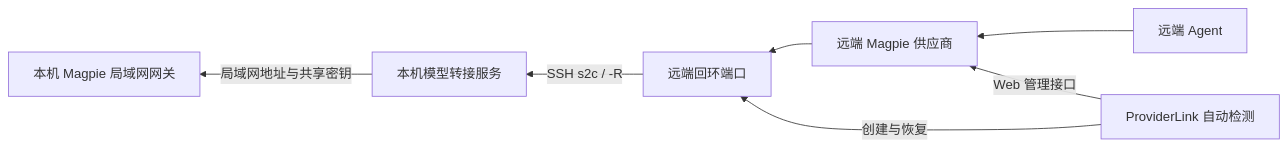
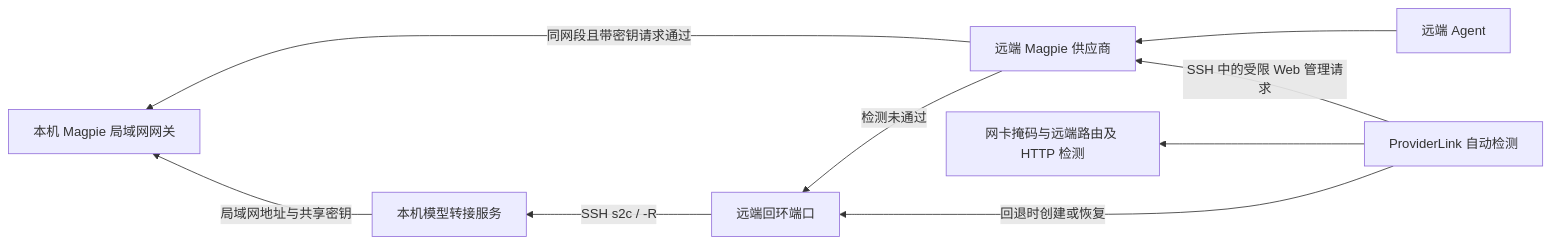
One commit to zhaoyi2018/magpie-remote changed the third of 5 diagrams in docs/architecture.md. Above: the diagram before and after it, drawn with Mermaid. The commit also changed other lines of this file and 26 other files, not shown here.

````diff
--- a/docs/architecture.md
+++ b/docs/architecture.md
@@ -103,9 +107,11 @@
 ```mermaid
 flowchart RL
   Agent[远端 Agent] --> Remote[远端 Magpie 供应商]
-  Remote --> Listener[远端回环端口]
+  Remote -->|同网段且带密钥请求通过| Local[本机 Magpie 局域网网关]
+  Remote -->|检测未通过| Listener[远端回环端口]
   Listener -->|SSH s2c / -R| Relay[本机模型转接服务]
-  Relay -->|局域网地址与共享密钥| Local[本机 Magpie 局域网网关]
-  Link[ProviderLink 自动检测] -->|Web 管理接口| Remote
-  Link -->|创建与恢复| Listener
+  Relay -->|局域网地址与共享密钥| Local
+  Link[ProviderLink 自动检测] --> Network[网卡掩码与远端路由及 HTTP 检测]
+  Link -->|SSH 中的受限 Web 管理请求| Remote
+  Link -->|回退时创建或恢复| Listener
 ```
````
